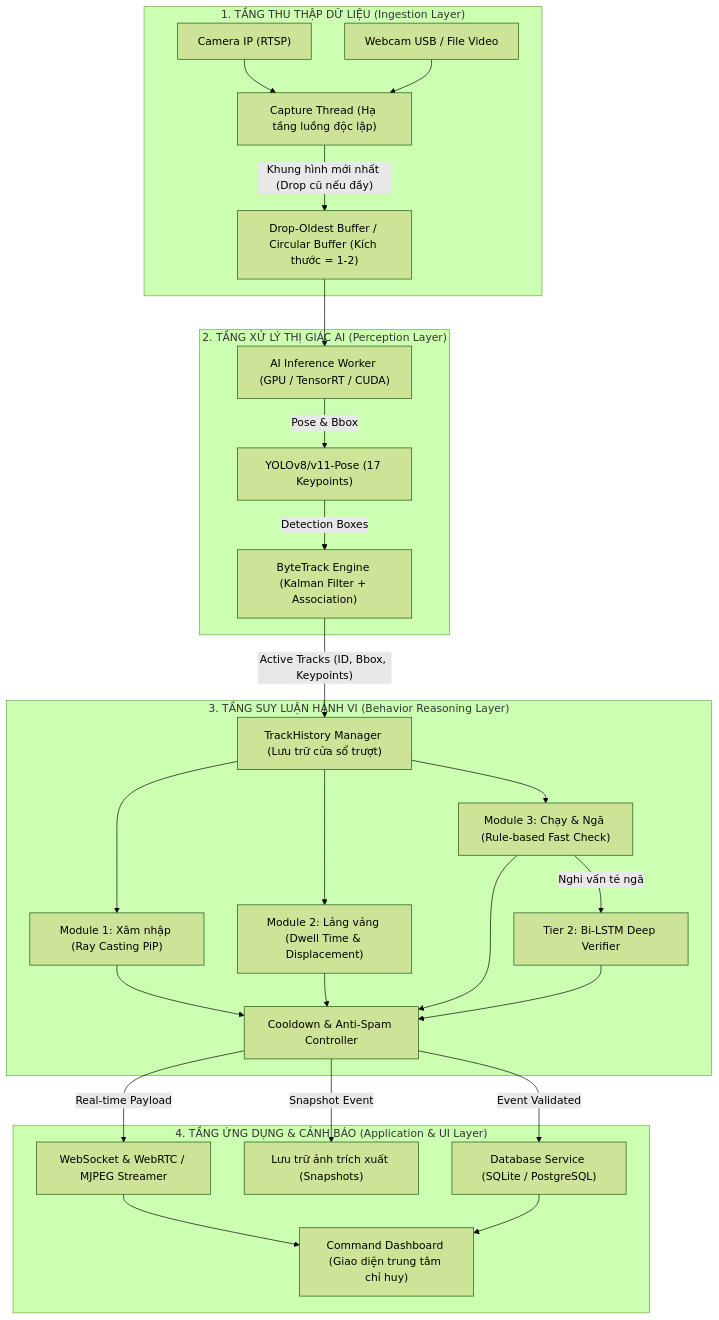
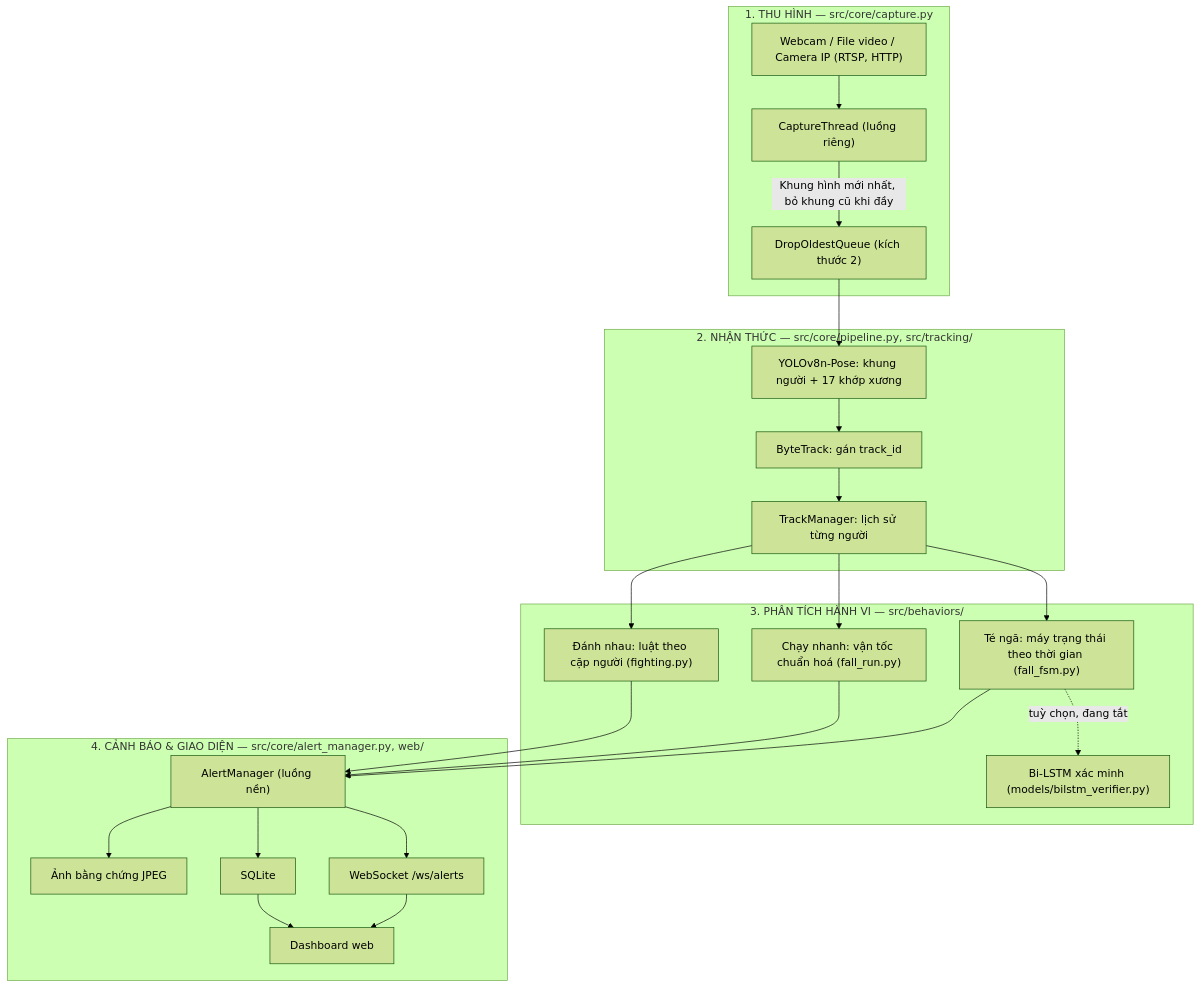
The first of 7 diagrams in docs/03_thiet_ke_he_thong.md (zindo511/HTTM), drawn with Mermaid (forest theme) before and after one commit. The commit also changed other lines of this file and 45 other files, not shown here.

````diff
--- a/docs/03_thiet_ke_he_thong.md
+++ b/docs/03_thiet_ke_he_thong.md
@@ -10,31 +11,29 @@
 ```mermaid
 graph TD
-    subgraph T1["1. TẦNG THU THẬP DỮ LIỆU (Ingestion Layer)"]
-        Cam1["Camera IP (RTSP)"] --> CapThread["Capture Thread (Hạ tầng luồng độc lập)"]
-        Cam2["Webcam USB / File Video"] --> CapThread
-        CapThread -->|"Khung hình mới nhất (Drop cũ nếu đầy)"| FrameBuffer["Drop-Oldest Buffer / Circular Buffer (Kích thước = 1-2)"]
+    subgraph T1["1. THU HÌNH — src/core/capture.py"]
+        Src["Webcam / File video / Camera IP (RTSP, HTTP)"] --> Cap["CaptureThread (luồng riêng)"]
+        Cap -->|"Khung hình mới nhất, bỏ khung cũ khi đầy"| Buf["DropOldestQueue (kích thước 2)"]
     end
 
-    subgraph T2["2. TẦNG XỬ LÝ THỊ GIÁC AI (Perception Layer)"]
-        FrameBuffer --> AIWorker["AI Inference Worker (GPU / TensorRT / CUDA)"]
-        AIWorker -->|"Pose & Bbox"| YOLO["YOLOv8/v11-Pose (17 Keypoints)"]
-        YOLO -->|"Detection Boxes"| Tracker["ByteTrack Engine (Kalman Filter + Association)"]
+    subgraph T2["2. NHẬN THỨC — src/core/pipeline.py, src/tracking/"]
+        Buf --> Yolo["YOLOv8n-Pose: khung người + 17 khớp xương"]
+        Yolo --> Bt["ByteTrack: gán track_id"]
+        Bt --> Tm["TrackManager: lịch sử từng người"]
     end
 
-    subgraph T3["3. TẦNG SUY LUẬN HÀNH VI (Behavior Reasoning Layer)"]
-        Tracker -->|"Active Tracks (ID, Bbox, Keypoints)"| TrackMgr["TrackHistory Manager (Lưu trữ cửa sổ trượt)"]
-        TrackMgr --> ModIntrusion["Module 1: Xâm nhập (Ray Casting PiP)"]
-        TrackMgr --> ModLoiter["Module 2: Lảng vảng (Dwell Time & Displacement)"]
-        TrackMgr --> ModMotion["Module 3: Chạy & Ngã (Rule-based Fast Check)"]
-        ModMotion -->|"Nghi vấn té ngã"| DeepVerifier["Tier 2: Bi-LSTM Deep Verifier"]
-        ModIntrusion & ModLoiter & ModMotion & DeepVerifier --> CooldownMgr["Cooldown & Anti-Spam Controller"]
+    subgraph T3["3. PHÂN TÍCH HÀNH VI — src/behaviors/"]
+        Tm --> Fall["Té ngã: máy trạng thái theo thời gian (fall_fsm.py)"]
+        Tm --> Run["Chạy nhanh: vận tốc chuẩn hoá (fall_run.py)"]
+        Tm --> Fight["Đánh nhau: luật theo cặp người (fighting.py)"]
+        Fall -.->|"tuỳ chọn, đang tắt"| Lstm["Bi-LSTM xác minh (models/bilstm_verifier.py)"]
     end
 
-    subgraph T4["4. TẦNG ỨNG DỤNG & CẢNH BÁO (Application & UI Layer)"]
-        CooldownMgr -->|"Event Validated"| DBService["Database Service (SQLite / PostgreSQL)"]
-        CooldownMgr -->|"Snapshot Event"| Storage["Lưu trữ ảnh trích xuất (Snapshots)"]
-        CooldownMgr -->|"Real-time Payload"| WSServer["WebSocket & WebRTC / MJPEG Streamer"]
-        WSServer --> UI["Command Dashboard (Giao diện trung tâm chỉ huy)"]
-        DBService --> UI
+    subgraph T4["4. CẢNH BÁO & GIAO DIỆN — src/core/alert_manager.py, web/"]
+        Fall & Run & Fight --> Am["AlertManager (luồng nền)"]
+        Am --> Snap["Ảnh bằng chứng JPEG"]
+        Am --> Db["SQLite"]
+        Am --> Ws["WebSocket /ws/alerts"]
+        Ws --> Ui["Dashboard web"]
+        Db --> Ui
     end
 ```
````
